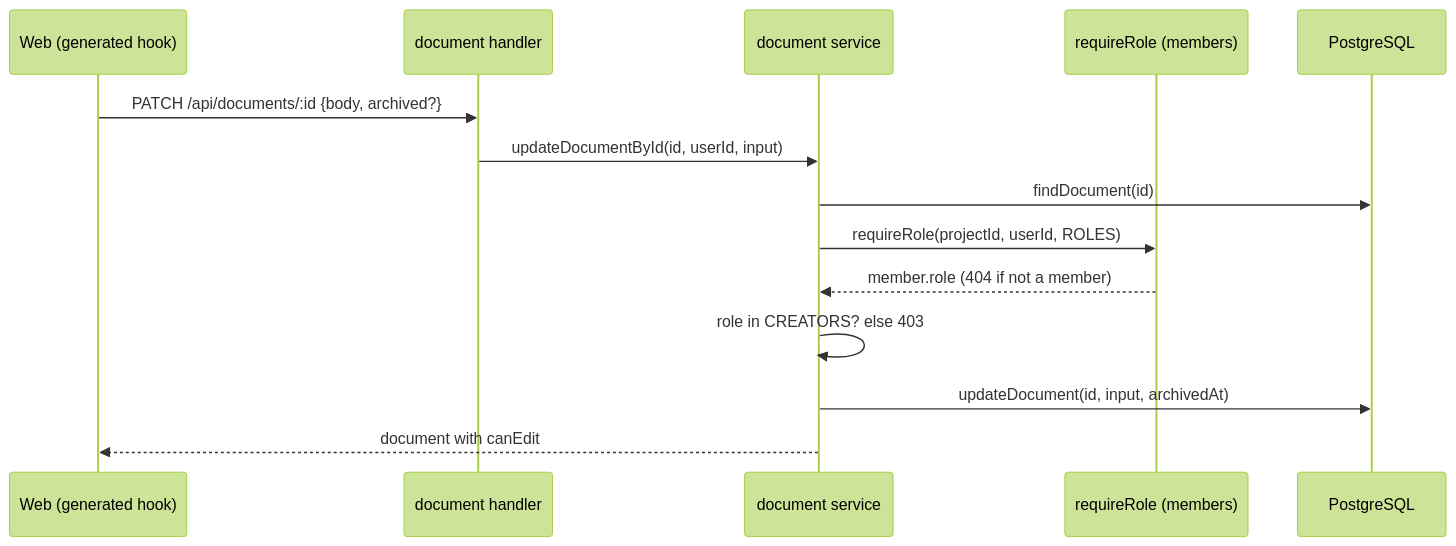
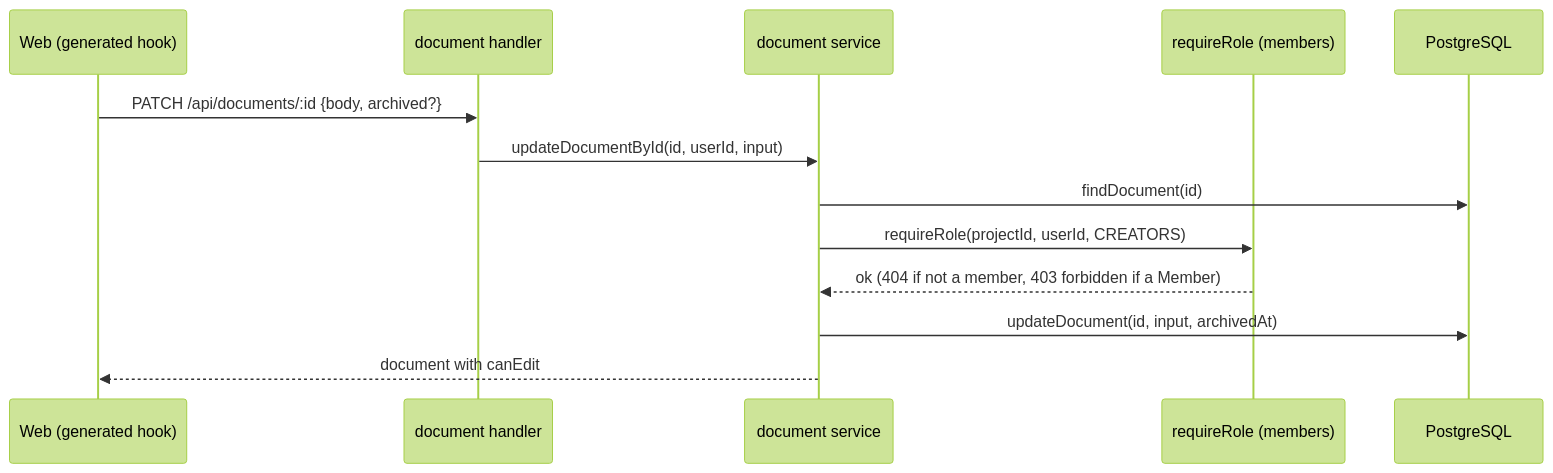
The first of 2 diagrams in docs/plans/15-knowledge-documents.md (unishare-oss/uniloom), drawn with Mermaid (forest theme) before and after one commit. The commit also changed other lines of this file and 3 other files, not shown here.

````diff
--- a/docs/plans/15-knowledge-documents.md
+++ b/docs/plans/15-knowledge-documents.md
@@ -73,16 +73,15 @@
 ```mermaid
 sequenceDiagram
   participant W as Web (generated hook)
   participant H as document handler
   participant S as document service
   participant M as requireRole (members)
   participant DB as PostgreSQL
   W->>H: PATCH /api/documents/:id {body, archived?}
   H->>S: updateDocumentById(id, userId, input)
   S->>DB: findDocument(id)
-  S->>M: requireRole(projectId, userId, ROLES)
-  M-->>S: member.role (404 if not a member)
-  S->>S: role in CREATORS? else 403
+  S->>M: requireRole(projectId, userId, CREATORS)
+  M-->>S: ok (404 if not a member, 403 forbidden if a Member)
   S->>DB: updateDocument(id, input, archivedAt)
   S-->>W: document with canEdit
 ```
````
